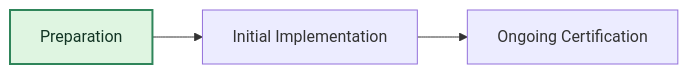
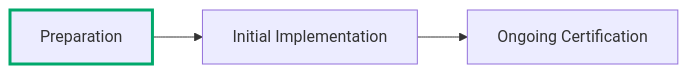
Before and after one commit to FedRAMP/2026: the diagram in content/providers/start/advisor.md, drawn with Mermaid. The commit also changed 41 other files, not shown here.

````diff
--- a/content/providers/start/advisor.md
+++ b/content/providers/start/advisor.md
@@ -12,7 +12,7 @@
 ```mermaid
 flowchart LR
   A["Preparation"] --> B[Initial Implementation] --> C[Ongoing Certification]
 
-  classDef current fill:#dff5e1,stroke:#2f855a,stroke-width:2px,color:#123524;
+  classDef current stroke:#00A86B,stroke-width:3px;
   class A current;
 ```
````
